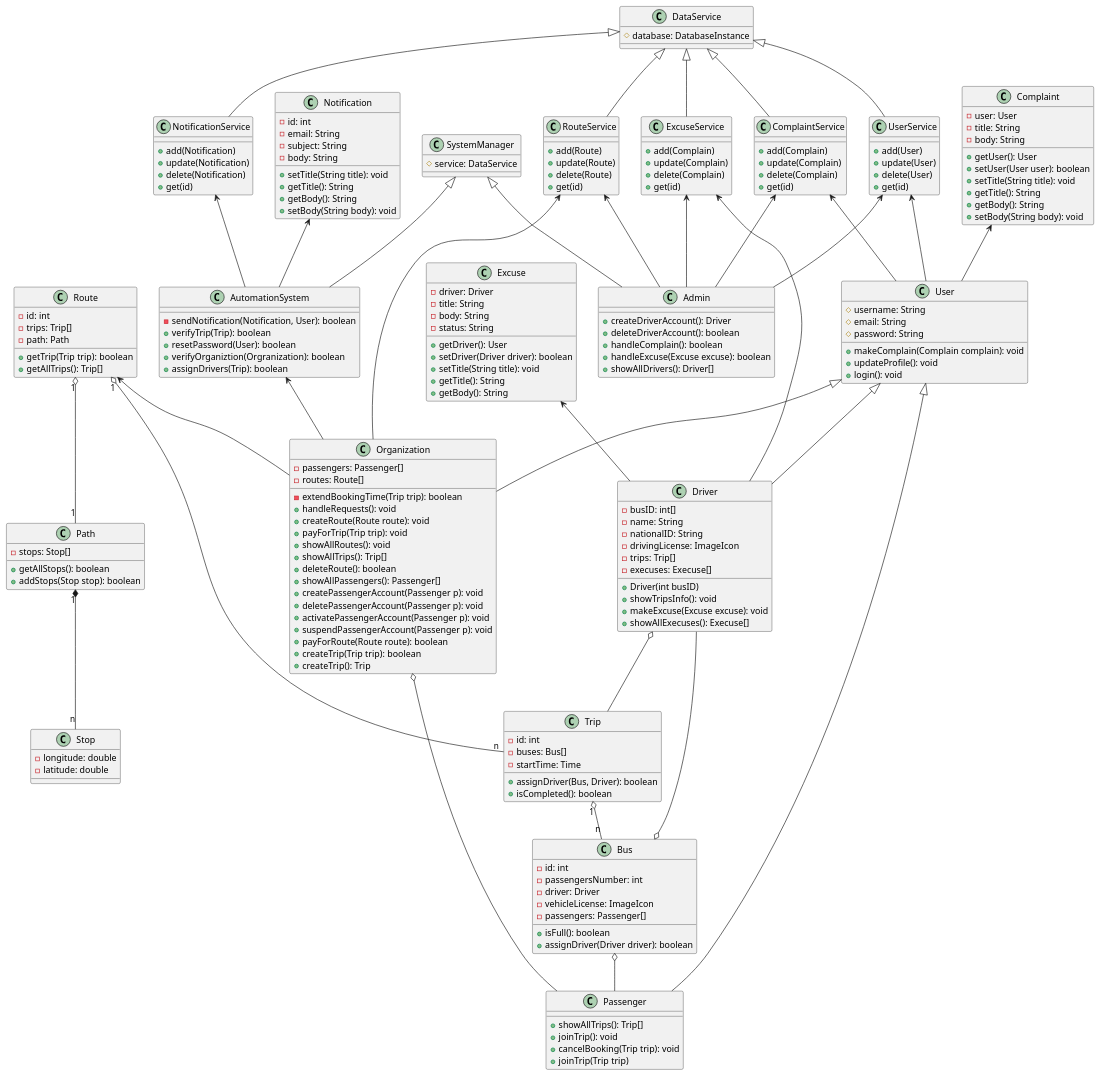
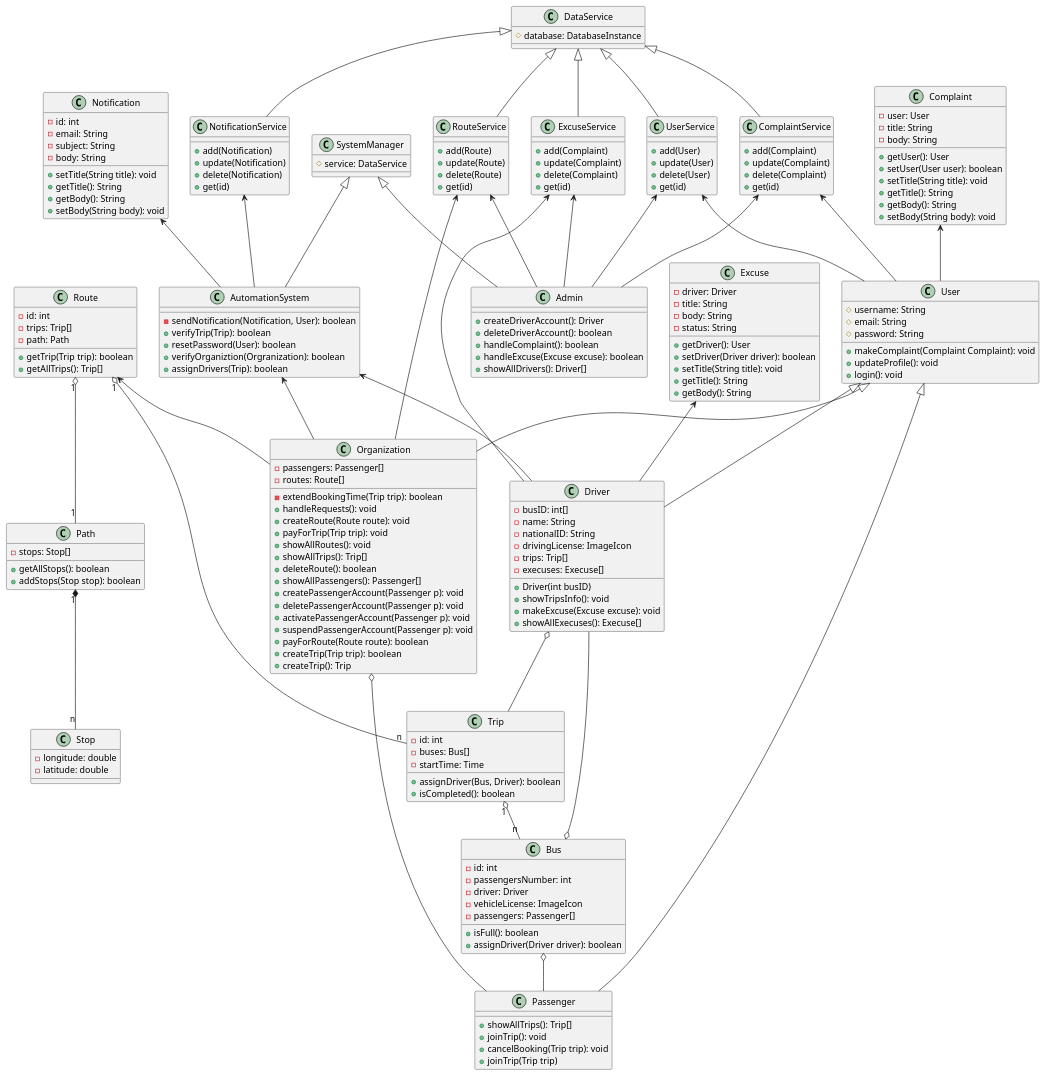
Before and after one commit to moazbasheer/BaaS_GP: the diagram in class-diagram.pu, drawn with PlantUML. The commit also changed 1 other file, not shown here.

```diff
--- a/class-diagram.pu
+++ b/class-diagram.pu
@@ -22,6 +22,7 @@
 class SystemManager {
     #service: DataService
 }
+
 class Driver {
     -busID: int[]
     -name: String
@@ -51,7 +52,7 @@
     #username: String
     #email: String
     #password: String
-    +makeComplain(Complain complain): void
+    +makeComplaint(Complaint Complaint): void
     +updateProfile(): void
     +login(): void
 }
@@ -147,9 +148,9 @@
 }
 
 class ExcuseService {
-    +add(Complain)
-    +update(Complain)
-    +delete(Complain)
+    +add(Complaint)
+    +update(Complaint)
+    +delete(Complaint)
     +get(id)
 }
 
@@ -165,22 +166,23 @@
 }
 
 class ComplaintService {
-    +add(Complain)
-    +update(Complain)
-    +delete(Complain)
+    +add(Complaint)
+    +update(Complaint)
+    +delete(Complaint)
     +get(id)
 }
 
 class Admin {
     +createDriverAccount(): Driver
     +deleteDriverAccount(): boolean
-    +handleComplain(): boolean
+    +handleComplaint(): boolean
     +handleExcuse(Excuse excuse): boolean
     +showAllDrivers(): Driver[]
 }
 
 Notification <-- AutomationSystem
 
+AutomationSystem <-- Driver
 AutomationSystem <-- Organization
 
 SystemManager <|-- Admin
```
